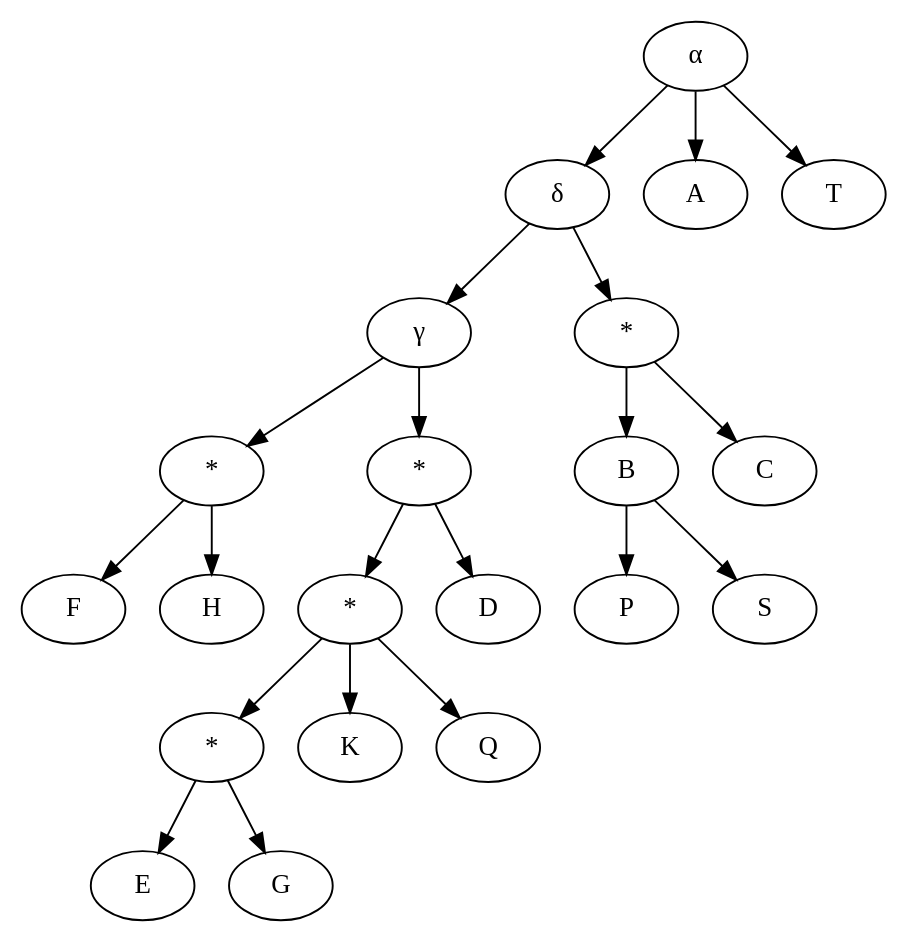
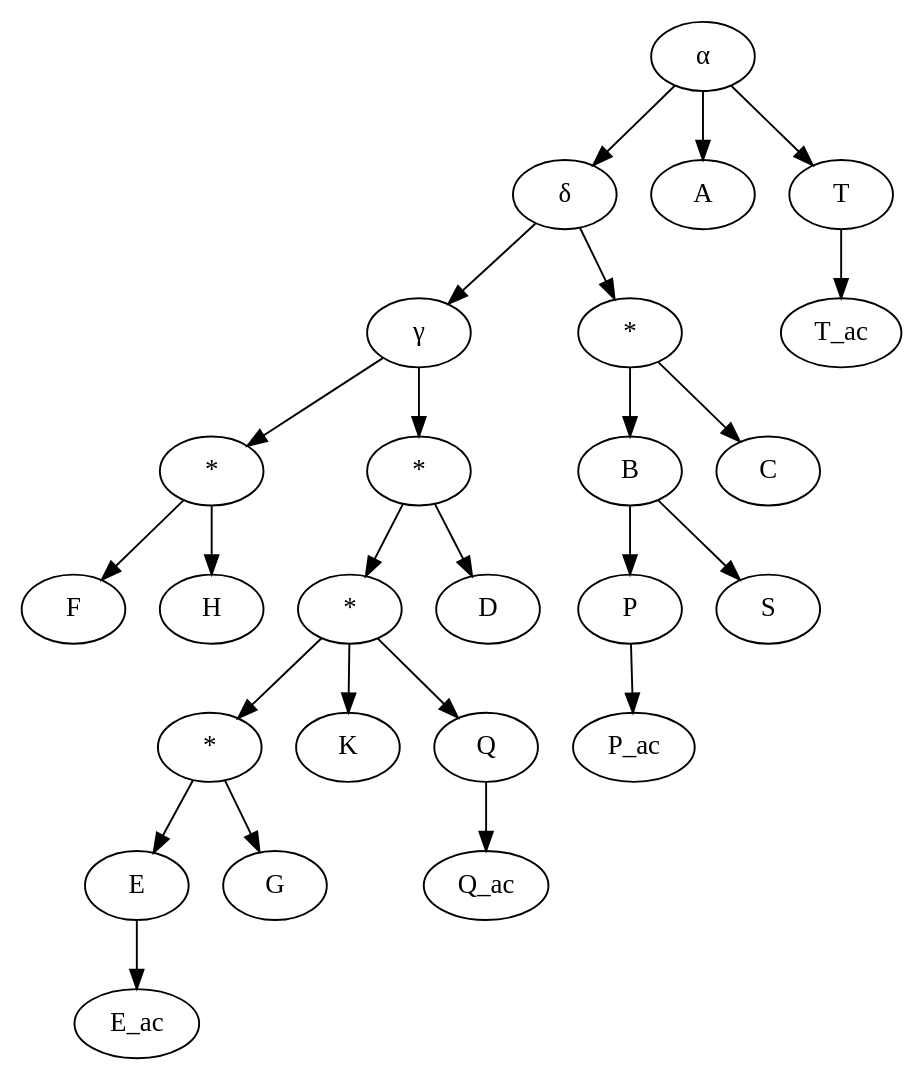
One commit to tla/stemmatology changed the diagram in t/data/florilegium.dot. Above: the diagram before and after it, drawn with Graphviz. The commit also changed 6 other files, not shown here.

```diff
--- a/t/data/florilegium.dot
+++ b/t/data/florilegium.dot
@@ -1,43 +1,51 @@
 digraph Stemma {
     "α" [ class=hypothetical ];
     "γ" [ class=hypothetical ];
     "δ" [ class=hypothetical ];
     2 [ class=hypothetical,label="*" ];
     3 [ class=hypothetical,label="*" ];
     4 [ class=hypothetical,label="*" ];
     5 [ class=hypothetical,label="*" ];
     7 [ class=hypothetical,label="*" ];
     A [ class=extant ];
     B [ class=extant ];
     C [ class=extant ];
     D [ class=extant ];
     E [ class=extant ];
+    E_ac [ class=extant ];
     F [ class=extant ];
     G [ class=extant ];
     H [ class=extant ];
     K [ class=extant ];
     P [ class=extant ];
+    P_ac [ class=extant ];
     Q [ class=extant ];
+    Q_ac [ class=extant ];
     S [ class=extant ];
     T [ class=extant ];
+    T_ac [ class=extant ];
     "α" -> A;
     "α" -> T;
+    T -> T_ac;
     "α" -> "δ";
     "δ" -> 2;
     2 -> C;
     2 -> B;
     B -> P;
+    P -> P_ac;
     B -> S;
     "δ" -> "γ";
     "γ" -> 3;
     3 -> F;
     3 -> H;
     "γ" -> 4;
     4 -> D;
     4 -> 5;
     5 -> Q;
+    Q -> Q_ac;
     5 -> K;
     5 -> 7;
     7 -> E;
+    E -> E_ac;
     7 -> G;
 }
```
